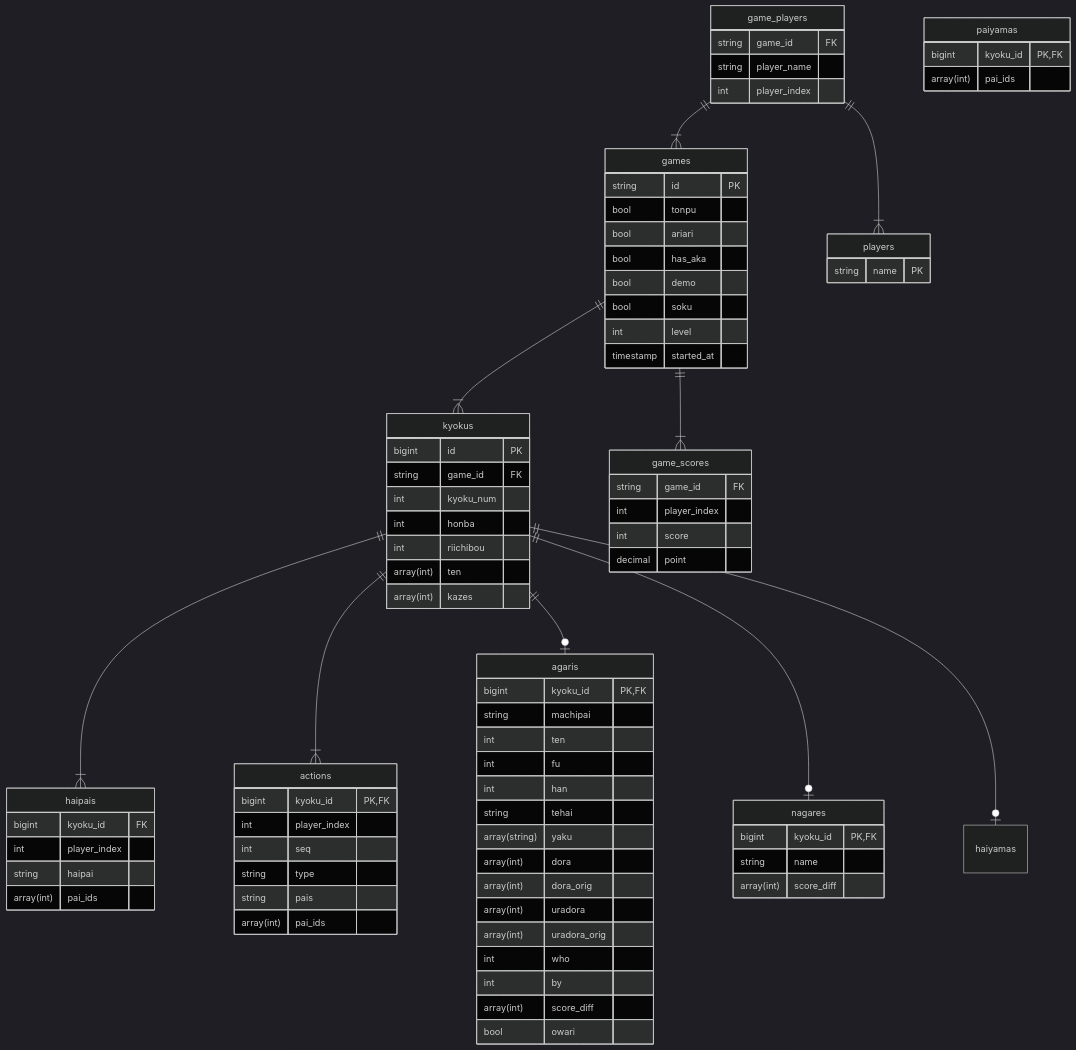
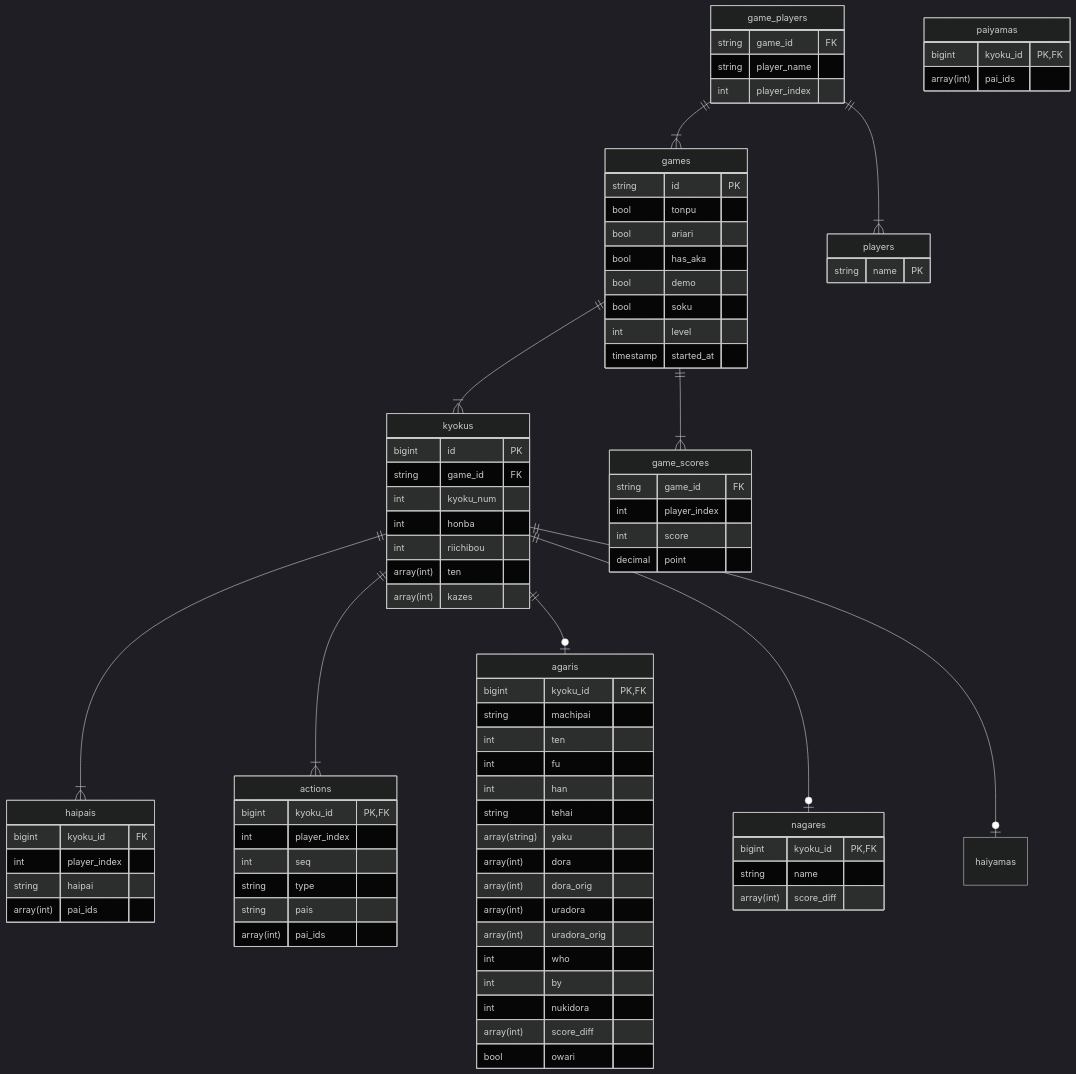
One commit to kackyt/mahjong-etl changed the diagram in er/mahjong.md. Above: the diagram before and after it, drawn with Mermaid (dark theme). The commit also changed 5 other files, not shown here.

```diff
--- a/er/mahjong.md
+++ b/er/mahjong.md
@@ -58,6 +58,7 @@
     array(int) uradora_orig
     int who
     int by
+    int nukidora
     array(int) score_diff
     bool owari
   }
```
